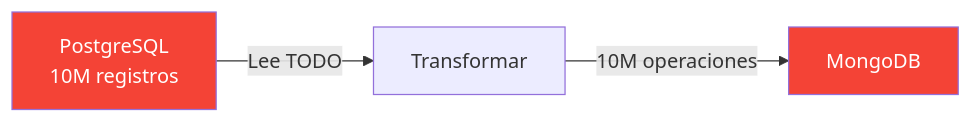
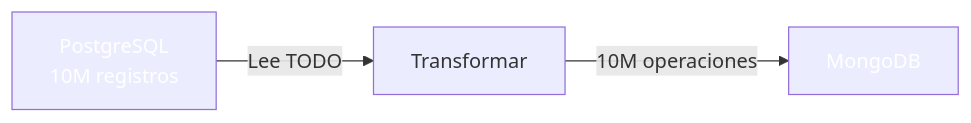
One commit to joseluisgs/DesarrolloWebEntornosServidor-02-2026-2027 changed diagram 14 of 24 in 30-cqrs-mediator.md. Above: the diagram before and after it, drawn with Mermaid. The commit also changed other lines of this file and 41 other files, not shown here.

````diff
--- a/30-cqrs-mediator.md
+++ b/30-cqrs-mediator.md
@@ -946,8 +946,8 @@
 ```mermaid
 flowchart LR
     A["PostgreSQL\n10M registros"] -->|"Lee TODO"| B["Transformar"]
     B -->|"10M operaciones"| C["MongoDB"]
 
-    style A fill:#f44336,color:#fff
-    style C fill:#f44336,color:#fff
+    style A fill:#f4433,color:#fff6,color:#fff
+    style C fill:#f4433,color:#fff6,color:#fff
 ```
````
